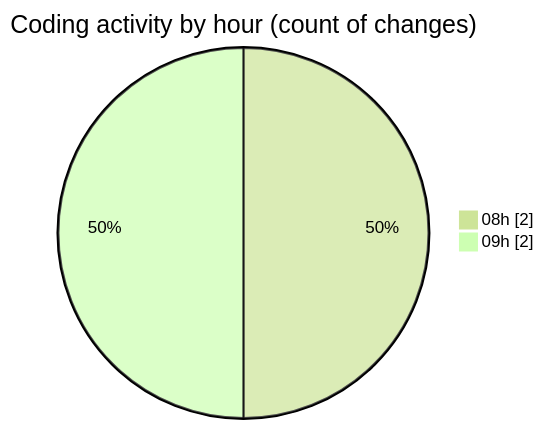
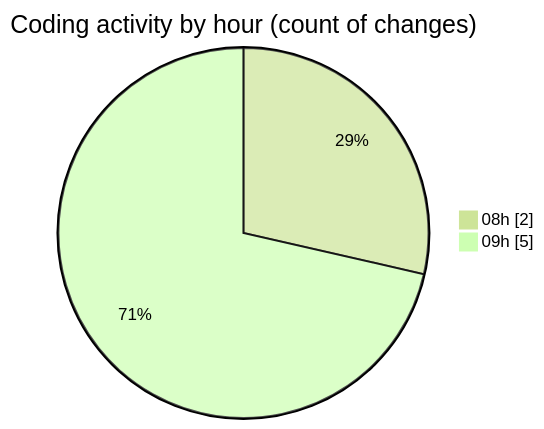
The second of 2 diagrams in 2025-05-20/niten/README.md (Elitesun/code-tracking), drawn with Mermaid (forest theme) before and after one commit. The commit also changed other lines of this file and 1 other file, not shown here.

````diff
--- a/2025-05-20/niten/README.md
+++ b/2025-05-20/niten/README.md
@@ -28,6 +29,6 @@
 ```mermaid
 pie showData
 title Coding activity by hour (count of changes)
 "08h" : 2
-"09h" : 2
+"09h" : 5
 ```
````
